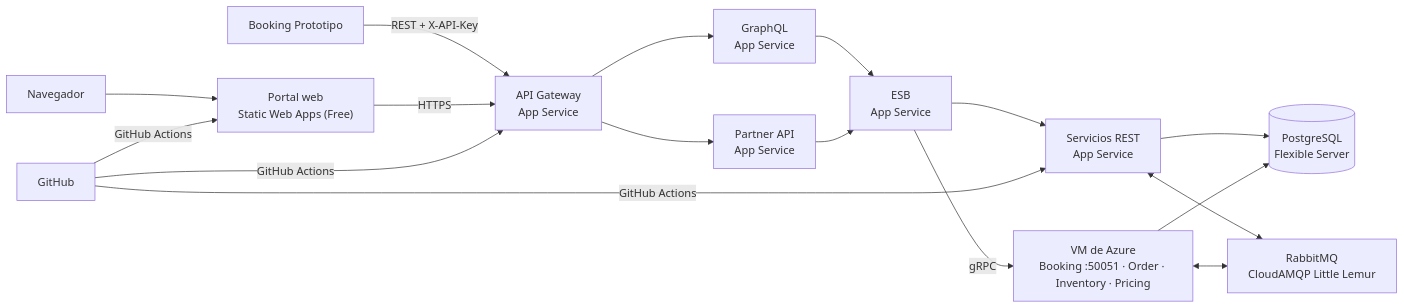
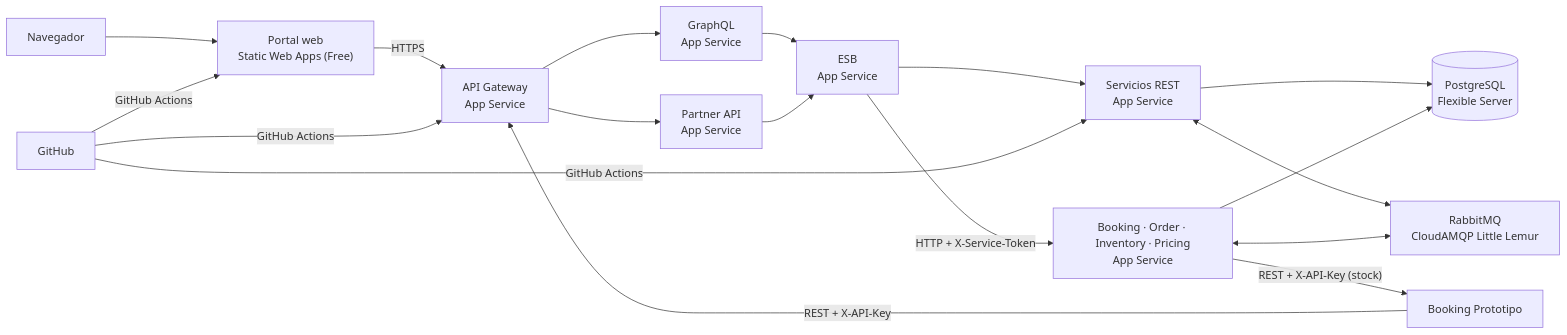
The diagram in Plan/DESPLIEGUE_AZURE_MICROSERVICIOS.md (GlieseKep/Atracciones-Entrega-2-Microservicios), drawn with Mermaid before and after one commit. The commit also changed other lines of this file and 32 other files, not shown here.

````diff
--- a/Plan/DESPLIEGUE_AZURE_MICROSERVICIOS.md
+++ b/Plan/DESPLIEGUE_AZURE_MICROSERVICIOS.md
@@ -14,17 +14,18 @@
 ```mermaid
 flowchart LR
   U[Navegador] --> SWA["Portal web<br/>Static Web Apps (Free)"]
   BP[Booking Prototipo] -- "REST + X-API-Key" --> GW
   SWA -- HTTPS --> GW["API Gateway<br/>App Service"]
   GW --> GQL["GraphQL<br/>App Service"]
   GW --> PAPI["Partner API<br/>App Service"]
   GQL --> ESB["ESB<br/>App Service"]
   PAPI --> ESB
   ESB --> REST["Servicios REST<br/>App Service"]
-  ESB -- "gRPC" --> VM["VM de Azure<br/>Booking :50051 · Order · Inventory · Pricing"]
+  ESB -- "HTTP + X-Service-Token" --> CORE["Booking · Order · Inventory · Pricing<br/>App Service"]
+  CORE -- "REST + X-API-Key (stock)" --> BP
   REST --> DB[("PostgreSQL<br/>Flexible Server")]
-  VM --> DB
+  CORE --> DB
   REST <--> MQ["RabbitMQ<br/>CloudAMQP Little Lemur"]
-  VM <--> MQ
+  CORE <--> MQ
   GH[GitHub] -- "GitHub Actions" --> SWA & GW & REST
 ```
````
